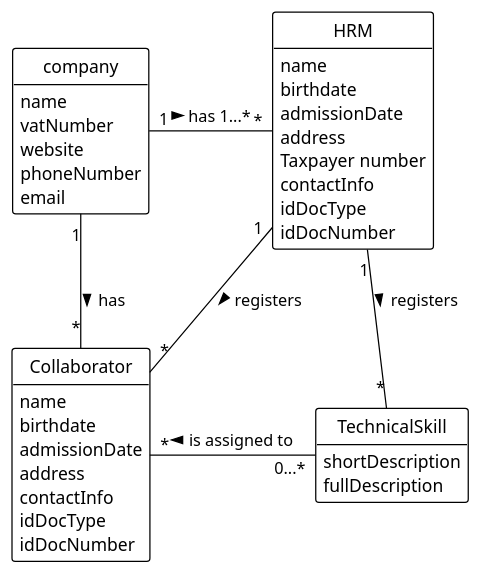
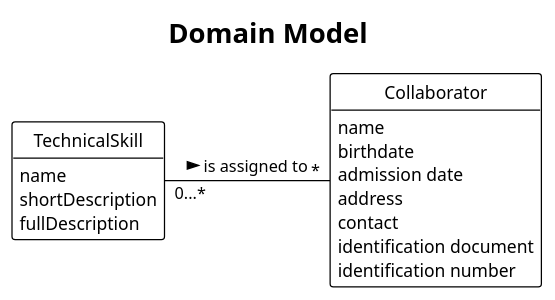
Before and after one commit to RicardoMorim/lapr2-ISEP-Project: the diagram in docs/sprintA/us004/02.analysis/puml/004-domain-model.puml, drawn with PlantUML. The commit also changed 9 other files, not shown here.

```diff
--- a/docs/sprintA/us004/02.analysis/puml/004-domain-model.puml
+++ b/docs/sprintA/us004/02.analysis/puml/004-domain-model.puml
@@ -1,49 +1,31 @@
 @startuml
 !theme plain
 
 'left to right direction
 
+title Domain Model
+
 hide methods
 hide circle
 
-class company{
-         name
-         vatNumber
-         website
-         phoneNumber
-         email
-}
+
 
 class Collaborator {
-     name
-     birthdate
-     admissionDate
-     address
-     contactInfo
-     idDocType
-     idDocNumber
+    name
+    birthdate
+    admission date
+    address
+    contact
+    identification document
+    identification number
 }
 
 class TechnicalSkill {
+        name
         shortDescription
         fullDescription
 }
 
-class HRM {
-    name
-    birthdate
-    admissionDate
-    address
-    Taxpayer number
-    contactInfo
-    idDocType
-    idDocNumber
-}
-
-company "1" - "*" HRM : has 1...* >
-company "1" -- "*" Collaborator : has >
-HRM "1" -- "*" TechnicalSkill : registers >
-HRM "1" - "*" Collaborator : registers >
-TechnicalSkill "0...*" -left "*" Collaborator : is assigned to >
+TechnicalSkill "0...*" - "*" Collaborator : is assigned to >
 
 @enduml
```
